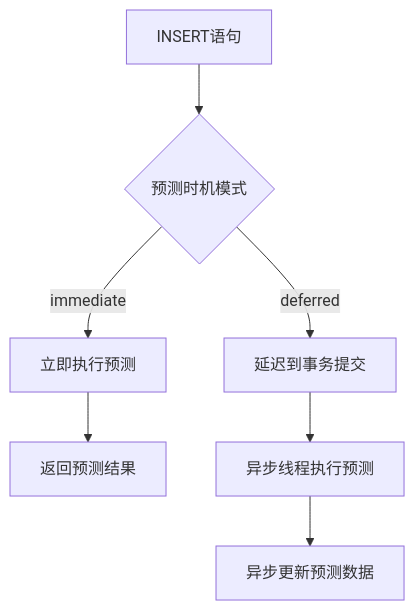
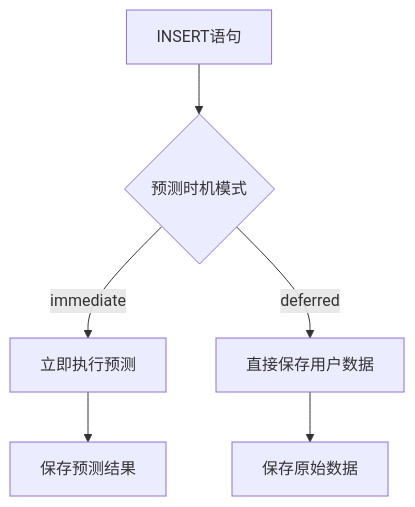
The fifth of 5 diagrams in doc/predict/PREDICT_DETAILED_DESIGN.md (ZhongChaoqiang/postgres), drawn with Mermaid before and after one commit. The commit also changed other lines of this file and 4 other files, not shown here.

````diff
--- a/doc/predict/PREDICT_DETAILED_DESIGN.md
+++ b/doc/predict/PREDICT_DETAILED_DESIGN.md
@@ -773,9 +666,8 @@
 ```mermaid
 graph TB
     A[INSERT语句] --> B{预测时机模式}
     B -->|immediate| C[立即执行预测]
-    B -->|deferred| D[延迟到事务提交]
-    C --> E[返回预测结果]
-    D --> F[异步线程执行预测]
-    F --> G[异步更新预测数据]
+    B -->|deferred| D[直接保存用户数据]
+    C --> E[保存预测结果]
+    D --> F[保存原始数据]
 ```
````
